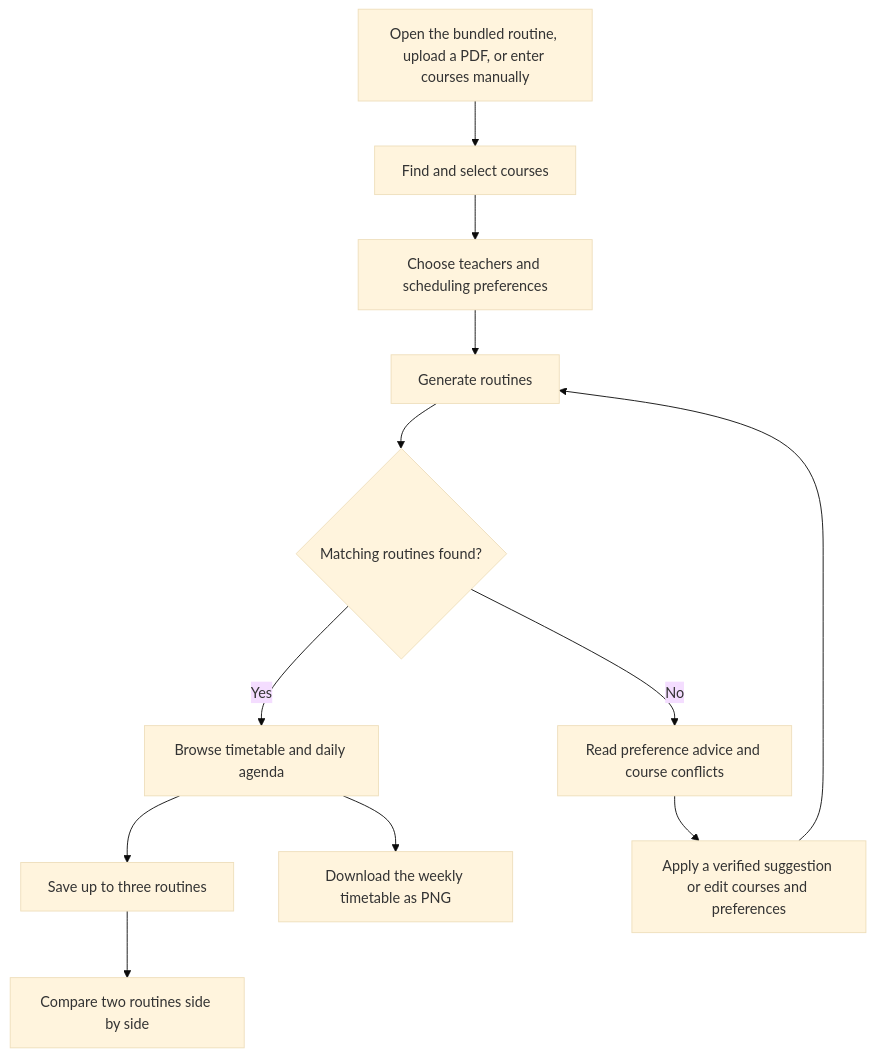
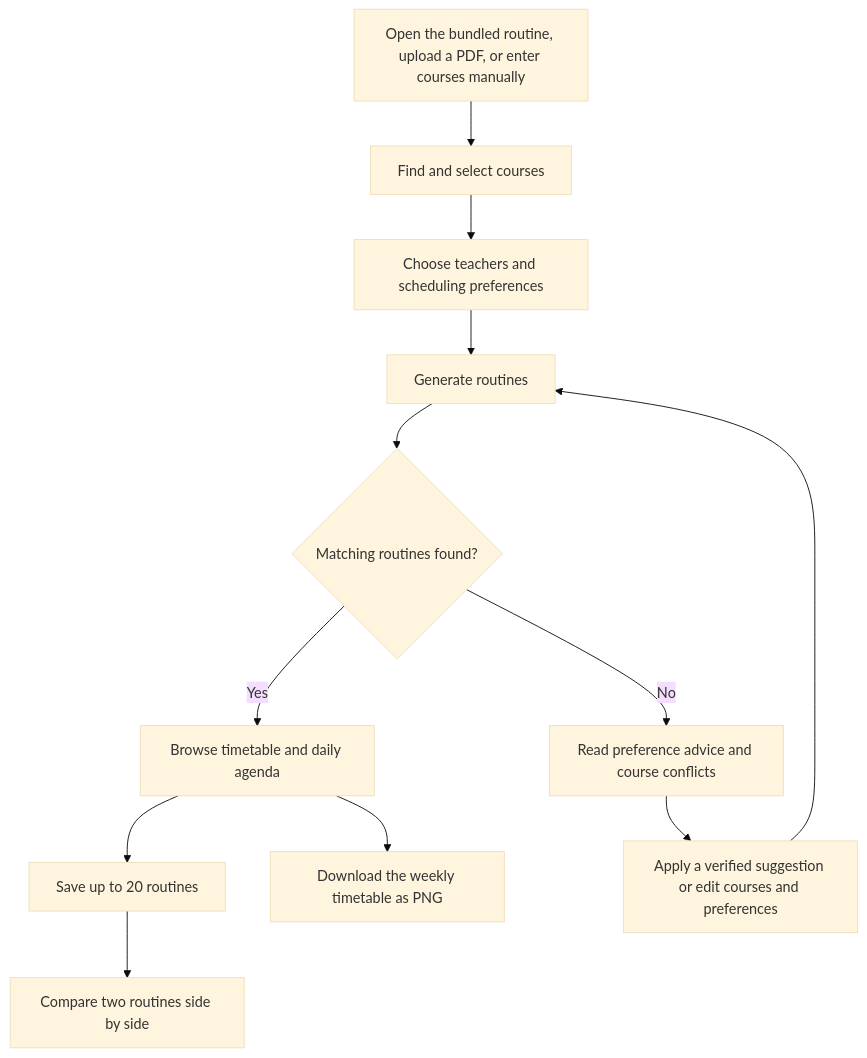
The diagram in about.md (itsnotTalha/UIU-Routine-Optimizer), drawn with Mermaid (base theme) before and after one commit. The commit also changed other lines of this file and 6 other files, not shown here.

````diff
--- a/about.md
+++ b/about.md
@@ -9,14 +9,14 @@
 ```mermaid
 flowchart TD
     A[Open the bundled routine, upload a PDF, or enter courses manually] --> B[Find and select courses]
     B --> C[Choose teachers and scheduling preferences]
     C --> D[Generate routines]
     D --> E{Matching routines found?}
     E -->|Yes| F[Browse timetable and daily agenda]
-    F --> G[Save up to three routines]
+    F --> G[Save up to 20 routines]
     G --> H[Compare two routines side by side]
     F --> I[Download the weekly timetable as PNG]
     E -->|No| J[Read preference advice and course conflicts]
     J --> K[Apply a verified suggestion or edit courses and preferences]
     K --> D
 ```
````
